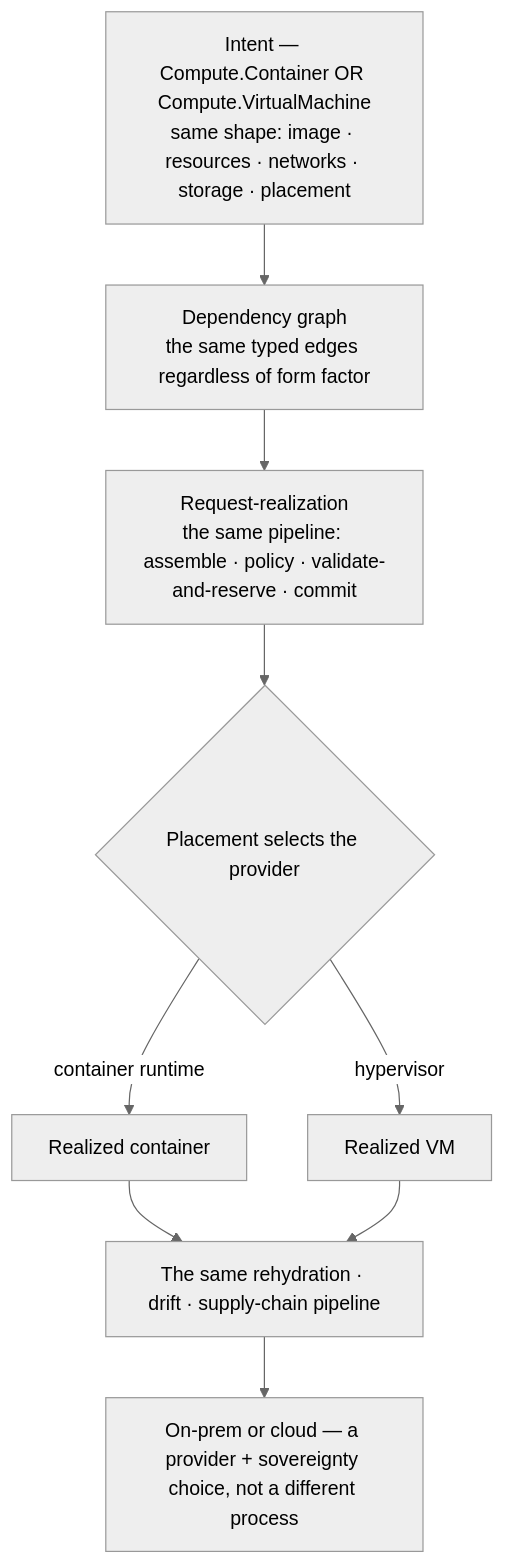
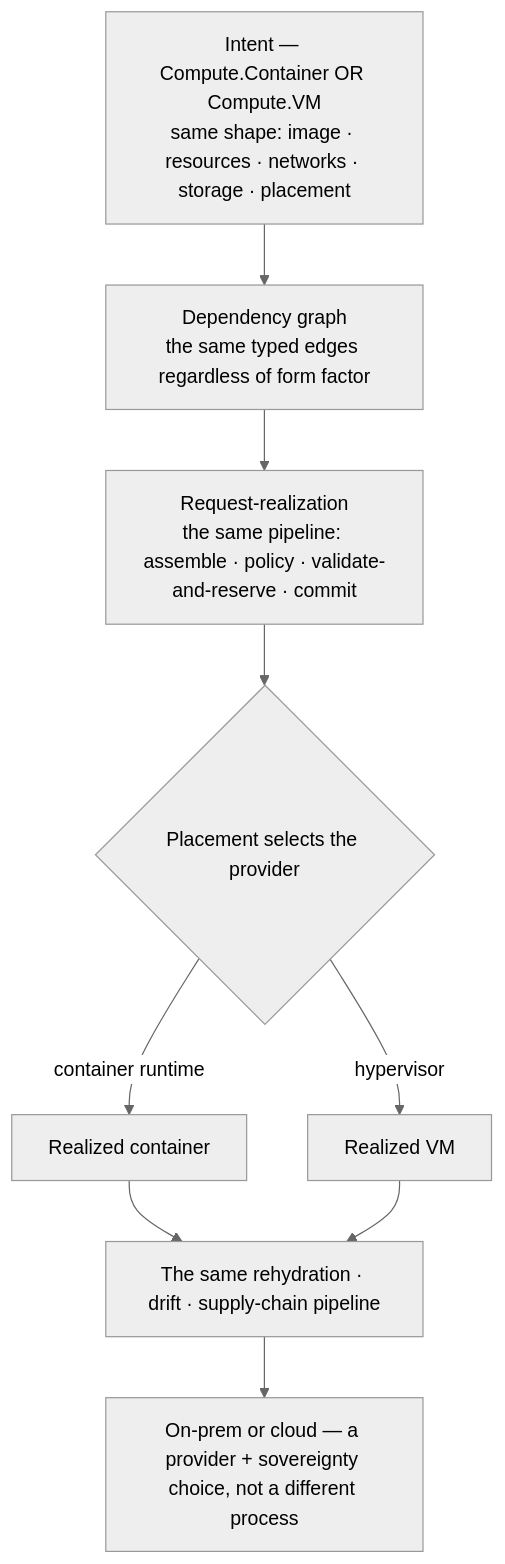
Before and after one commit to croadfeldt/udlm: the diagram in docs/flows/container-lifecycle-uniformity.md, drawn with Mermaid (neutral theme). The commit also changed other lines of this file and 48 other files, not shown here.

````diff
--- a/docs/flows/container-lifecycle-uniformity.md
+++ b/docs/flows/container-lifecycle-uniformity.md
@@ -21,11 +21,11 @@
 ```mermaid
 flowchart TD
-  INT["Intent — Compute.Container OR Compute.VirtualMachine<br/>same shape: image · resources · networks · storage · placement"] --> GRAPH["Dependency graph<br/>the same typed edges regardless of form factor"]
+  INT["Intent — Compute.Container OR Compute.VM<br/>same shape: image · resources · networks · storage · placement"] --> GRAPH["Dependency graph<br/>the same typed edges regardless of form factor"]
   GRAPH --> PIPE["Request-realization<br/>the same pipeline: assemble · policy · validate-and-reserve · commit"]
   PIPE --> PROV{"Placement selects the provider"}
   PROV -->|container runtime| CONT["Realized container"]
   PROV -->|hypervisor| VMR["Realized VM"]
   CONT --> UNI["The same rehydration · drift · supply-chain pipeline"]
   VMR --> UNI
   UNI --> LOC["On-prem or cloud — a provider + sovereignty choice, not a different process"]
 ```
````
